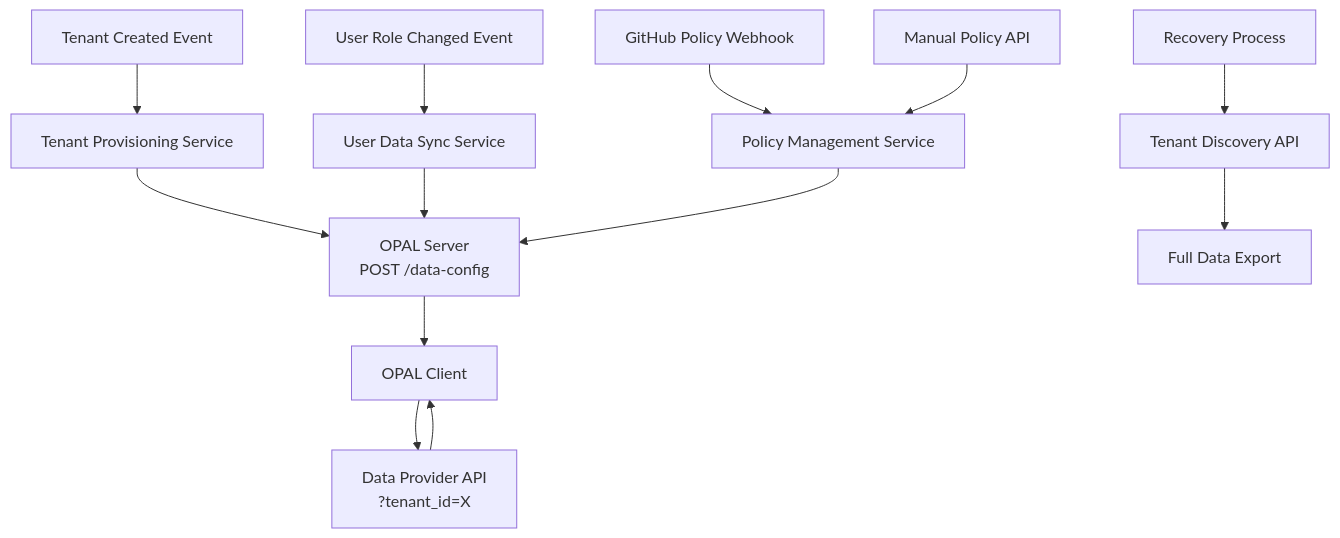
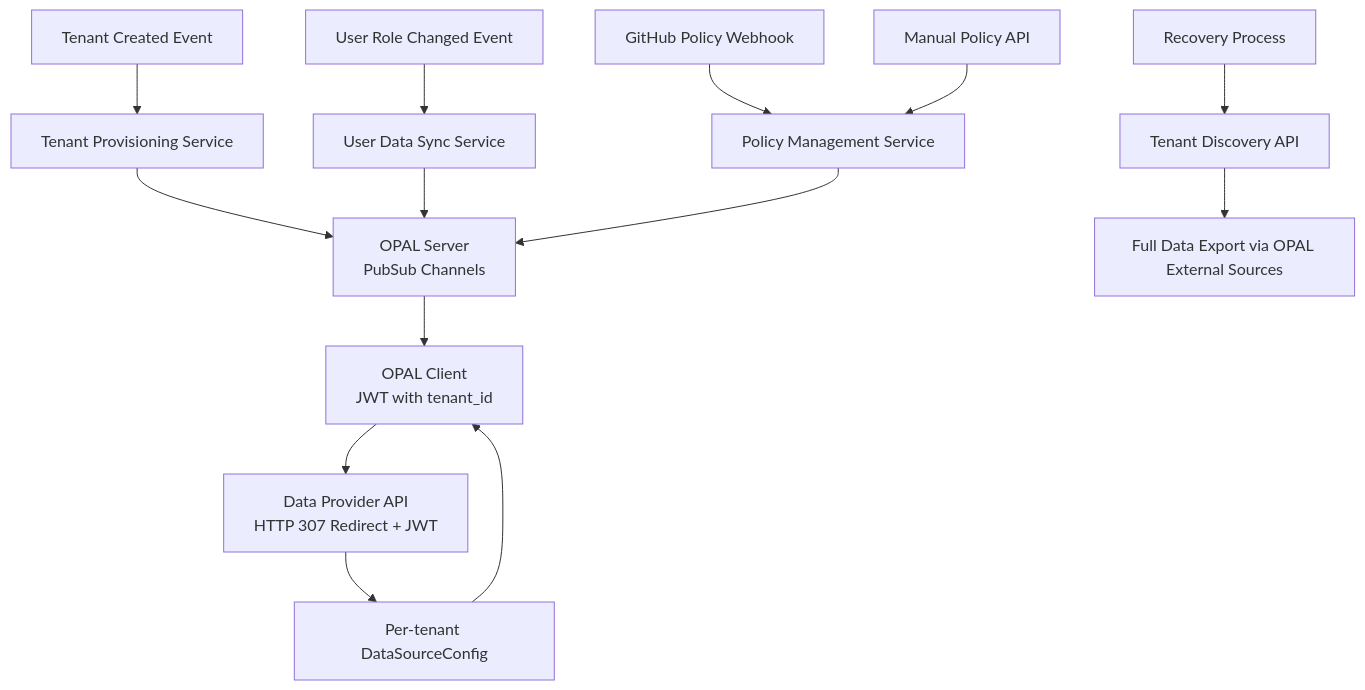
One commit to plduser/opa-zero-poll changed the diagram in README.md. Above: the diagram before and after it, drawn with Mermaid. The commit also changed other lines of this file and 2 other files, not shown here.

````diff
--- a/README.md
+++ b/README.md
@@ -59,15 +101,16 @@
 ```mermaid
 graph TD
     A["Tenant Created Event"] --> B["Tenant Provisioning Service"]
-    B --> E["OPAL Server<br/>Register Data Source"]
+    B --> E["OPAL Server<br/>External Data Sources Config"]
     C["User Role Changed Event"] --> D["User Data Sync Service"]
-    D --> E["OPAL Server<br/>POST /data-config"]
-    E --> F["OPAL Client"]
-    F --> G["Data Provider API<br/>?tenant_id=X"]
-    G --> F
-    H["GitHub Policy Webhook"] --> I["Policy Management Service"]
-    I --> E
-    J["Recovery Process"] --> K["Tenant Discovery API"]
-    K --> L["Full Data Export"]
-    M["Manual Policy API"] --> I
+    D --> E["OPAL Server<br/>PubSub Channels"]
+    E --> F["OPAL Client<br/>JWT with tenant_id"]
+    F --> G["Data Provider API<br/>HTTP 307 Redirect + JWT"]
+    G --> H["Per-tenant DataSourceConfig"]
+    H --> F
+    I["GitHub Policy Webhook"] --> J["Policy Management Service"]
+    J --> E
+    K["Recovery Process"] --> L["Tenant Discovery API"]
+    L --> M["Full Data Export via OPAL External Sources"]
+    N["Manual Policy API"] --> J
 ```
````
